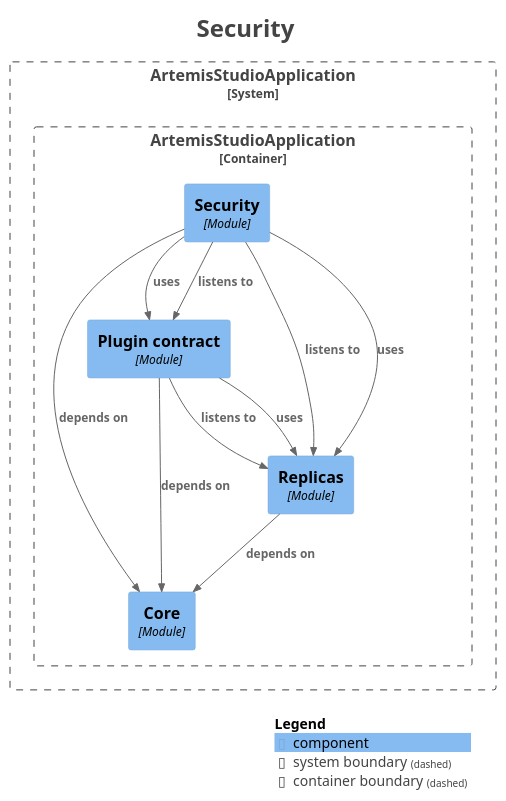
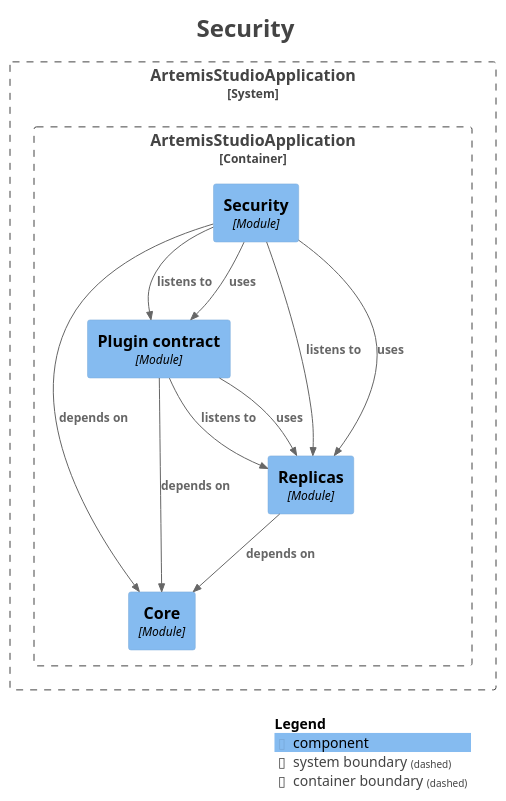
The diagram in docs/modules/module-kernel.security.puml (sudoitir/artemis-studio), drawn with PlantUML before and after one commit. The commit also changed other lines of this file and 33 other files, not shown here.

First line of the commit message:
test(architecture): sort module diagram components so diagrams change only with the graph

```diff
--- a/docs/modules/module-kernel.security.puml
+++ b/docs/modules/module-kernel.security.puml
@@ -1,40 +1,40 @@
 @startuml
 title <size:24>Security</size>
 
 set separator none
 top to bottom direction
 
 <style>
   root {
     BackgroundColor: #ffffff
     FontColor: #444444
   }
 </style>
 
 !include <C4/C4>
 !include <C4/C4_Context>
 !include <C4/C4_Component>
 
 System_Boundary("ArtemisStudioApplication_boundary", "ArtemisStudioApplication", $tags="") {
   Container_Boundary("ArtemisStudioApplication.ArtemisStudioApplication_boundary", "ArtemisStudioApplication", $tags="") {
     Component(ArtemisStudioApplication.ArtemisStudioApplication.Core, "Core", $techn="Module", $descr="", $tags="", $link="")
+    Component(ArtemisStudioApplication.ArtemisStudioApplication.Plugincontract, "Plugin contract", $techn="Module", $descr="", $tags="", $link="")
     Component(ArtemisStudioApplication.ArtemisStudioApplication.Replicas, "Replicas", $techn="Module", $descr="", $tags="", $link="")
-    Component(ArtemisStudioApplication.ArtemisStudioApplication.Plugincontract, "Plugin contract", $techn="Module", $descr="", $tags="", $link="")
     Component(ArtemisStudioApplication.ArtemisStudioApplication.Security, "Security", $techn="Module", $descr="", $tags="", $link="")
   }
 
 }
 
 Rel(ArtemisStudioApplication.ArtemisStudioApplication.Plugincontract, ArtemisStudioApplication.ArtemisStudioApplication.Core, "depends on", $techn="", $tags="", $link="")
 Rel(ArtemisStudioApplication.ArtemisStudioApplication.Plugincontract, ArtemisStudioApplication.ArtemisStudioApplication.Replicas, "listens to", $techn="", $tags="", $link="")
 Rel(ArtemisStudioApplication.ArtemisStudioApplication.Plugincontract, ArtemisStudioApplication.ArtemisStudioApplication.Replicas, "uses", $techn="", $tags="", $link="")
 Rel(ArtemisStudioApplication.ArtemisStudioApplication.Replicas, ArtemisStudioApplication.ArtemisStudioApplication.Core, "depends on", $techn="", $tags="", $link="")
 Rel(ArtemisStudioApplication.ArtemisStudioApplication.Security, ArtemisStudioApplication.ArtemisStudioApplication.Core, "depends on", $techn="", $tags="", $link="")
 Rel(ArtemisStudioApplication.ArtemisStudioApplication.Security, ArtemisStudioApplication.ArtemisStudioApplication.Plugincontract, "listens to", $techn="", $tags="", $link="")
 Rel(ArtemisStudioApplication.ArtemisStudioApplication.Security, ArtemisStudioApplication.ArtemisStudioApplication.Plugincontract, "uses", $techn="", $tags="", $link="")
 Rel(ArtemisStudioApplication.ArtemisStudioApplication.Security, ArtemisStudioApplication.ArtemisStudioApplication.Replicas, "listens to", $techn="", $tags="", $link="")
 Rel(ArtemisStudioApplication.ArtemisStudioApplication.Security, ArtemisStudioApplication.ArtemisStudioApplication.Replicas, "uses", $techn="", $tags="", $link="")
 
 SHOW_LEGEND(true)
 hide stereotypes
 @enduml
```
